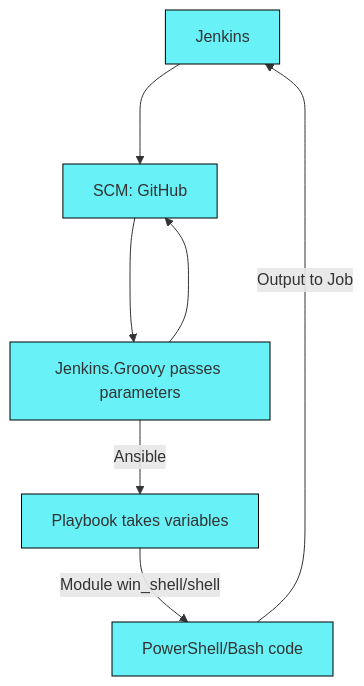
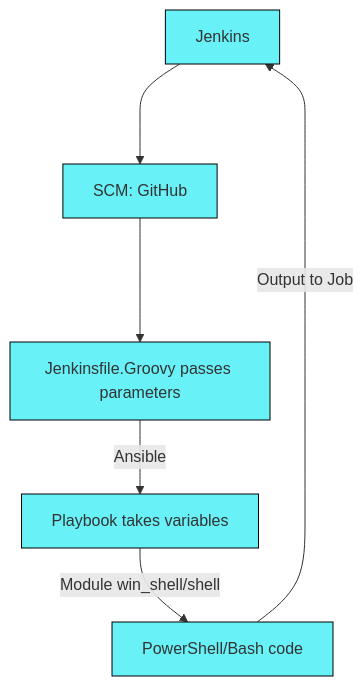
Before and after one commit to Lifailon/Deploy-PS-Module: the second of 2 diagrams in README.md, drawn with Mermaid.

Commit message:
test state

````diff
--- a/README.md
+++ b/README.md
@@ -15,12 +15,11 @@
 ```mermaid
 flowchart TD
     classDef class_color fill:#68F1F7, stroke:#000, stroke-width:1px
     1[Jenkins]:::class_color
     2[SCM: GitHub]:::class_color
-    3[Jenkins.Groovy passes parameters]:::class_color
+    3[Jenkinsfile.Groovy passes parameters]:::class_color
     4[Playbook takes variables]:::class_color
     5[PowerShell/Bash code]:::class_color
     1--->2--->3--Ansible-->4--Module win_shell/shell-->5
-    3--->2
     5--Output to Job-->1
 ```
````
